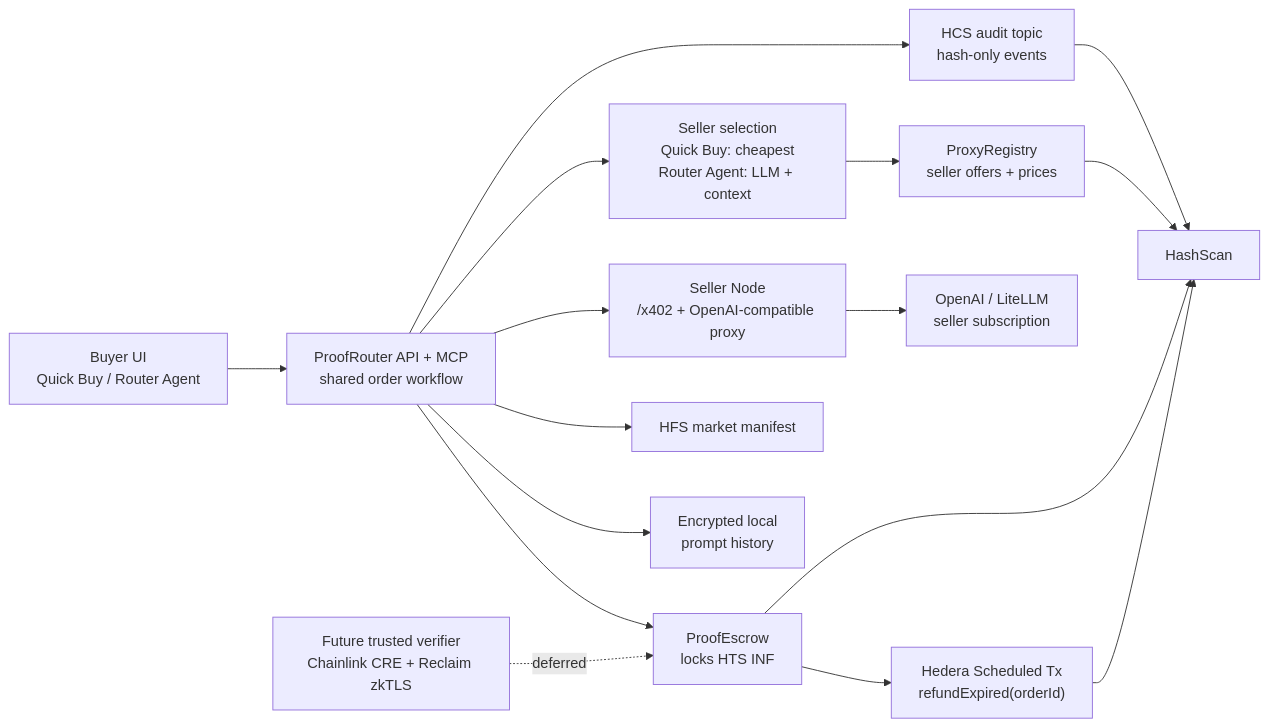
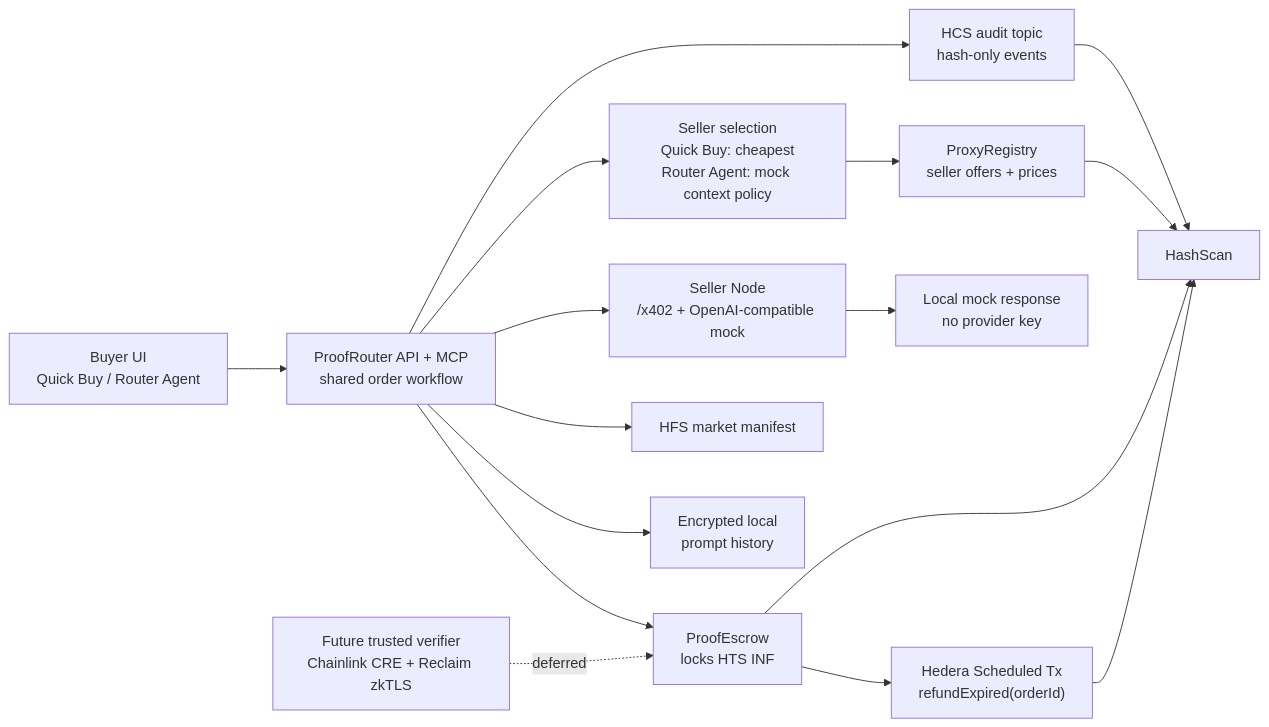
One commit to kirilligum/0-wAIst-hack-ethglobal-nyc-26 changed the first of 3 diagrams in README-draft.md. Above: the diagram before and after it, drawn with Mermaid. The commit also changed other lines of this file and 28 other files, not shown here.

Commit message:
chore: switch LLM paths to local mock

````diff
--- a/README-draft.md
+++ b/README-draft.md
@@ -41,18 +41,18 @@
 ```mermaid
 flowchart LR
     Buyer["Buyer UI<br/>Quick Buy / Router Agent"] --> Router["ProofRouter API + MCP<br/>shared order workflow"]
-    Router --> Selector["Seller selection<br/>Quick Buy: cheapest<br/>Router Agent: LLM + context"]
+    Router --> Selector["Seller selection<br/>Quick Buy: cheapest<br/>Router Agent: mock context policy"]
     Selector --> Registry["ProxyRegistry<br/>seller offers + prices"]
     Router --> Escrow["ProofEscrow<br/>locks HTS INF"]
     Escrow --> Refund["Hedera Scheduled Tx<br/>refundExpired(orderId)"]
-    Router --> Seller["Seller Node<br/>/x402 + OpenAI-compatible proxy"]
-    Seller --> Upstream["OpenAI / LiteLLM<br/>seller subscription"]
+    Router --> Seller["Seller Node<br/>/x402 + OpenAI-compatible mock"]
+    Seller --> Upstream["Local mock response<br/>no provider key"]
     Router --> Audit["HCS audit topic<br/>hash-only events"]
     Router --> Manifest["HFS market manifest"]
     Router --> History["Encrypted local<br/>prompt history"]
     Audit --> HashScan["HashScan"]
     Registry --> HashScan
     Escrow --> HashScan
     Refund --> HashScan
     CRE["Future trusted verifier<br/>Chainlink CRE + Reclaim zkTLS"] -. deferred .-> Escrow
 ```
````
